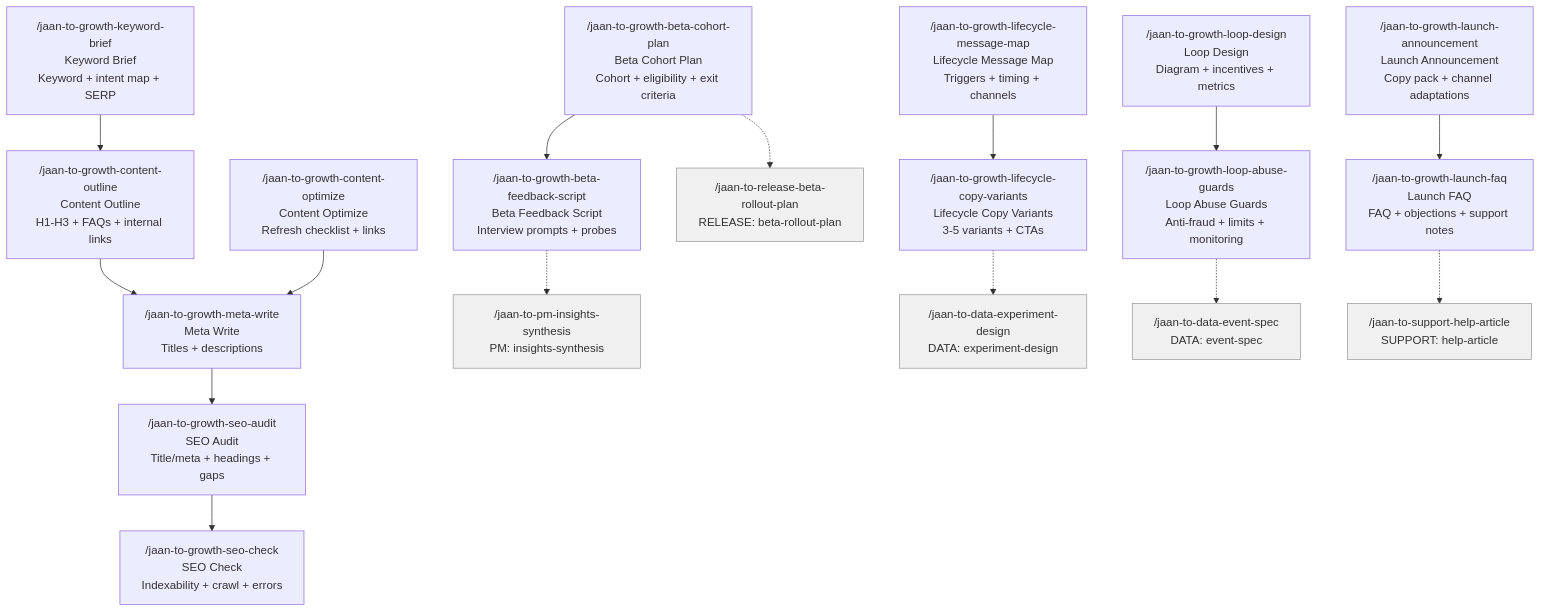
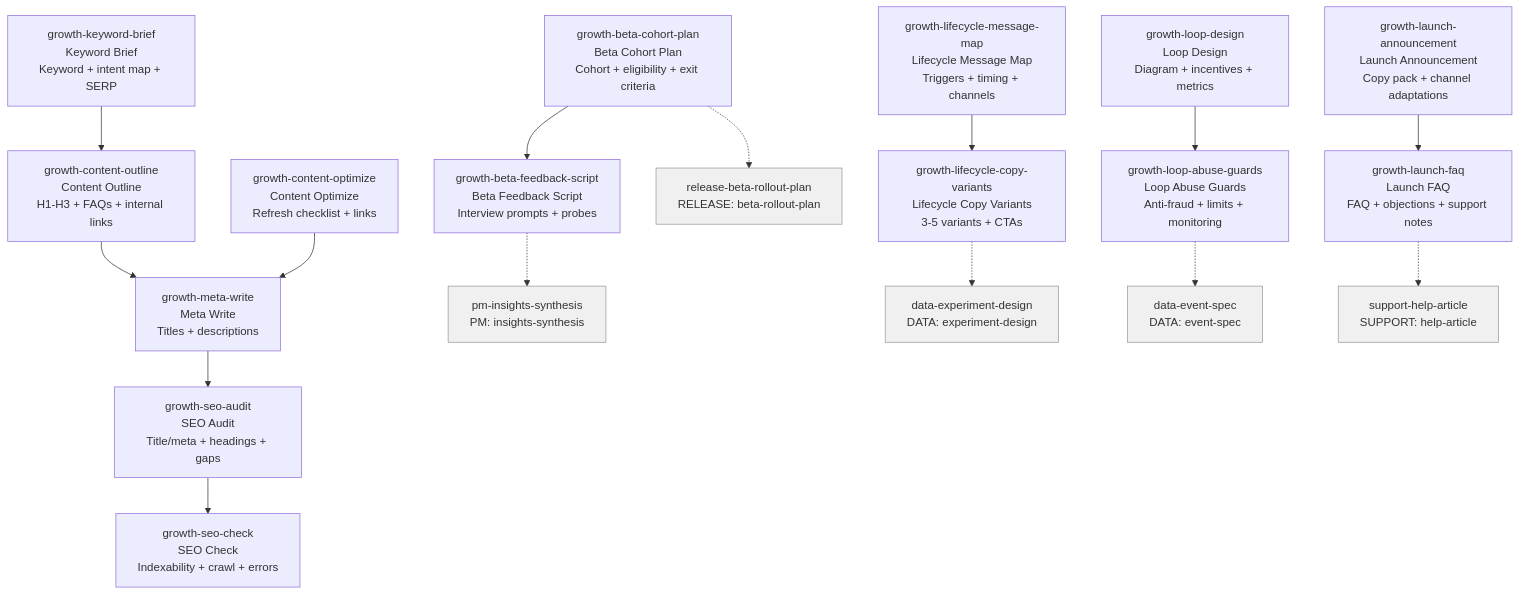
One commit to parhumm/jaan-to changed the diagram in roadmaps/jaan-to/tasks/role-skills/growth.md. Above: the diagram before and after it, drawn with Mermaid. The commit also changed 10 other files, not shown here.

First line of the commit message:
fix(roadmap): Fix Mermaid userflow schemas across all 11 role-skills files

````diff
--- a/roadmaps/jaan-to/tasks/role-skills/growth.md
+++ b/roadmaps/jaan-to/tasks/role-skills/growth.md
@@ -9,23 +9,23 @@
 ```mermaid
 flowchart TD
-    jaan-to-growth-keyword-brief["/jaan-to-growth-keyword-brief\nKeyword Brief\nKeyword + intent map + SERP"] --> jaan-to-growth-content-outline["/jaan-to-growth-content-outline\nContent Outline\nH1-H3 + FAQs + internal links"]
-    jaan-to-growth-content-outline["/jaan-to-growth-content-outline\nContent Outline\nH1-H3 + FAQs + internal links"] --> jaan-to-growth-meta-write["/jaan-to-growth-meta-write\nMeta Write\nTitles + descriptions"]
-    jaan-to-growth-meta-write["/jaan-to-growth-meta-write\nMeta Write\nTitles + descriptions"] --> jaan-to-growth-seo-audit["/jaan-to-growth-seo-audit\nSEO Audit\nTitle/meta + headings + gaps"]
-    jaan-to-growth-seo-audit["/jaan-to-growth-seo-audit\nSEO Audit\nTitle/meta + headings + gaps"] --> jaan-to-growth-seo-check["/jaan-to-growth-seo-check\nSEO Check\nIndexability + crawl + errors"]
-    jaan-to-growth-content-optimize["/jaan-to-growth-content-optimize\nContent Optimize\nRefresh checklist + links"] --> jaan-to-growth-meta-write["/jaan-to-growth-meta-write\nMeta Write\nTitles + descriptions"]
-    jaan-to-growth-beta-cohort-plan["/jaan-to-growth-beta-cohort-plan\nBeta Cohort Plan\nCohort + eligibility + exit criteria"] --> jaan-to-growth-beta-feedback-script["/jaan-to-growth-beta-feedback-script\nBeta Feedback Script\nInterview prompts + probes"]
-    jaan-to-growth-beta-cohort-plan["/jaan-to-growth-beta-cohort-plan\nBeta Cohort Plan\nCohort + eligibility + exit criteria"] -.-> jaan-to-release-beta-rollout-plan["/jaan-to-release-beta-rollout-plan\nRELEASE: beta-rollout-plan"]
-    jaan-to-growth-beta-feedback-script["/jaan-to-growth-beta-feedback-script\nBeta Feedback Script\nInterview prompts + probes"] -.-> jaan-to-pm-insights-synthesis["/jaan-to-pm-insights-synthesis\nPM: insights-synthesis"]
-    jaan-to-growth-lifecycle-message-map["/jaan-to-growth-lifecycle-message-map\nLifecycle Message Map\nTriggers + timing + channels"] --> jaan-to-growth-lifecycle-copy-variants["/jaan-to-growth-lifecycle-copy-variants\nLifecycle Copy Variants\n3-5 variants + CTAs"]
-    jaan-to-growth-lifecycle-copy-variants["/jaan-to-growth-lifecycle-copy-variants\nLifecycle Copy Variants\n3-5 variants + CTAs"] -.-> jaan-to-data-experiment-design["/jaan-to-data-experiment-design\nDATA: experiment-design"]
-    jaan-to-growth-loop-design["/jaan-to-growth-loop-design\nLoop Design\nDiagram + incentives + metrics"] --> jaan-to-growth-loop-abuse-guards["/jaan-to-growth-loop-abuse-guards\nLoop Abuse Guards\nAnti-fraud + limits + monitoring"]
-    jaan-to-growth-loop-abuse-guards["/jaan-to-growth-loop-abuse-guards\nLoop Abuse Guards\nAnti-fraud + limits + monitoring"] -.-> jaan-to-data-event-spec["/jaan-to-data-event-spec\nDATA: event-spec"]
-    jaan-to-growth-launch-announcement["/jaan-to-growth-launch-announcement\nLaunch Announcement\nCopy pack + channel adaptations"] --> jaan-to-growth-launch-faq["/jaan-to-growth-launch-faq\nLaunch FAQ\nFAQ + objections + support notes"]
-    jaan-to-growth-launch-faq["/jaan-to-growth-launch-faq\nLaunch FAQ\nFAQ + objections + support notes"] -.-> jaan-to-support-help-article["/jaan-to-support-help-article\nSUPPORT: help-article"]
+    jaan-to-growth-keyword-brief["growth-keyword-brief<br>Keyword Brief<br>Keyword + intent map + SERP"] --> jaan-to-growth-content-outline["growth-content-outline<br>Content Outline<br>H1-H3 + FAQs + internal links"]
+    jaan-to-growth-content-outline["growth-content-outline<br>Content Outline<br>H1-H3 + FAQs + internal links"] --> jaan-to-growth-meta-write["growth-meta-write<br>Meta Write<br>Titles + descriptions"]
+    jaan-to-growth-meta-write["growth-meta-write<br>Meta Write<br>Titles + descriptions"] --> jaan-to-growth-seo-audit["growth-seo-audit<br>SEO Audit<br>Title/meta + headings + gaps"]
+    jaan-to-growth-seo-audit["growth-seo-audit<br>SEO Audit<br>Title/meta + headings + gaps"] --> jaan-to-growth-seo-check["growth-seo-check<br>SEO Check<br>Indexability + crawl + errors"]
+    jaan-to-growth-content-optimize["growth-content-optimize<br>Content Optimize<br>Refresh checklist + links"] --> jaan-to-growth-meta-write["growth-meta-write<br>Meta Write<br>Titles + descriptions"]
+    jaan-to-growth-beta-cohort-plan["growth-beta-cohort-plan<br>Beta Cohort Plan<br>Cohort + eligibility + exit criteria"] --> jaan-to-growth-beta-feedback-script["growth-beta-feedback-script<br>Beta Feedback Script<br>Interview prompts + probes"]
+    jaan-to-growth-beta-cohort-plan["growth-beta-cohort-plan<br>Beta Cohort Plan<br>Cohort + eligibility + exit criteria"] -.-> jaan-to-release-beta-rollout-plan["release-beta-rollout-plan<br>RELEASE: beta-rollout-plan"]
+    jaan-to-growth-beta-feedback-script["growth-beta-feedback-script<br>Beta Feedback Script<br>Interview prompts + probes"] -.-> jaan-to-pm-insights-synthesis["pm-insights-synthesis<br>PM: insights-synthesis"]
+    jaan-to-growth-lifecycle-message-map["growth-lifecycle-message-map<br>Lifecycle Message Map<br>Triggers + timing + channels"] --> jaan-to-growth-lifecycle-copy-variants["growth-lifecycle-copy-variants<br>Lifecycle Copy Variants<br>3-5 variants + CTAs"]
+    jaan-to-growth-lifecycle-copy-variants["growth-lifecycle-copy-variants<br>Lifecycle Copy Variants<br>3-5 variants + CTAs"] -.-> jaan-to-data-experiment-design["data-experiment-design<br>DATA: experiment-design"]
+    jaan-to-growth-loop-design["growth-loop-design<br>Loop Design<br>Diagram + incentives + metrics"] --> jaan-to-growth-loop-abuse-guards["growth-loop-abuse-guards<br>Loop Abuse Guards<br>Anti-fraud + limits + monitoring"]
+    jaan-to-growth-loop-abuse-guards["growth-loop-abuse-guards<br>Loop Abuse Guards<br>Anti-fraud + limits + monitoring"] -.-> jaan-to-data-event-spec["data-event-spec<br>DATA: event-spec"]
+    jaan-to-growth-launch-announcement["growth-launch-announcement<br>Launch Announcement<br>Copy pack + channel adaptations"] --> jaan-to-growth-launch-faq["growth-launch-faq<br>Launch FAQ<br>FAQ + objections + support notes"]
+    jaan-to-growth-launch-faq["growth-launch-faq<br>Launch FAQ<br>FAQ + objections + support notes"] -.-> jaan-to-support-help-article["support-help-article<br>SUPPORT: help-article"]
 
     style jaan-to-release-beta-rollout-plan fill:#f0f0f0,stroke:#999
     style jaan-to-pm-insights-synthesis fill:#f0f0f0,stroke:#999
     style jaan-to-data-experiment-design fill:#f0f0f0,stroke:#999
     style jaan-to-data-event-spec fill:#f0f0f0,stroke:#999
     style jaan-to-support-help-article fill:#f0f0f0,stroke:#999
 ```
````
